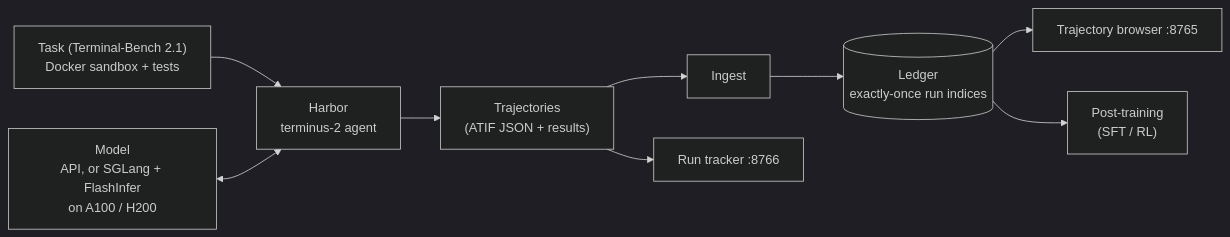
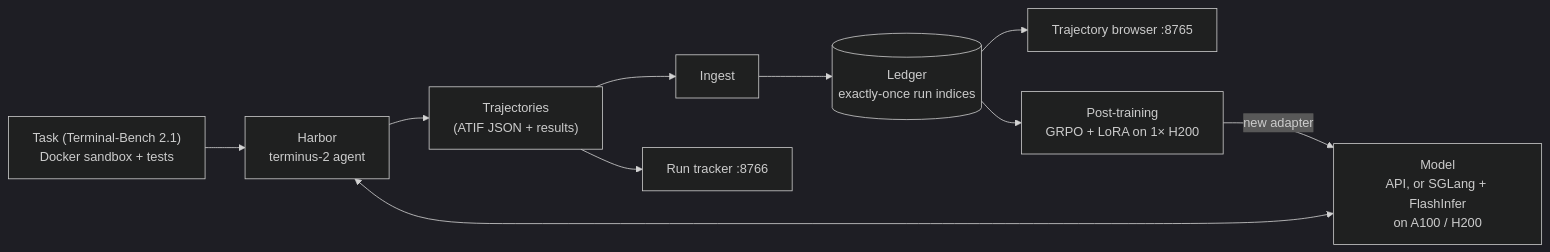
The first of 2 diagrams in README.md (anglenexus/geodesic), drawn with Mermaid (dark theme) before and after one commit. The commit also changed other lines of this file and 1 other file, not shown here.

First line of the commit message:
README: post-training summary (GRPO of Qwen3.6-27B on one H200 + EaaS), agentic stack flow, PR23 changelog; add the serving blog source

````diff
--- a/README.md
+++ b/README.md
@@ -71,10 +78,11 @@
 ```mermaid
 flowchart LR
   T["Task (Terminal-Bench 2.1)<br/>Docker sandbox + tests"] --> H["Harbor<br/>terminus-2 agent"]
   M["Model<br/>API, or SGLang + FlashInfer<br/>on A100 / H200"] <--> H
   H --> J["Trajectories<br/>(ATIF JSON + results)"]
   J --> I["Ingest"] --> L[("Ledger<br/>exactly-once run indices")]
   L --> B["Trajectory browser :8765"]
   J --> R["Run tracker :8766"]
-  L --> P["Post-training<br/>(SFT / RL)"]
+  L --> P["Post-training<br/>GRPO + LoRA on 1× H200"]
+  P -- "new adapter" --> M
 ```
````
